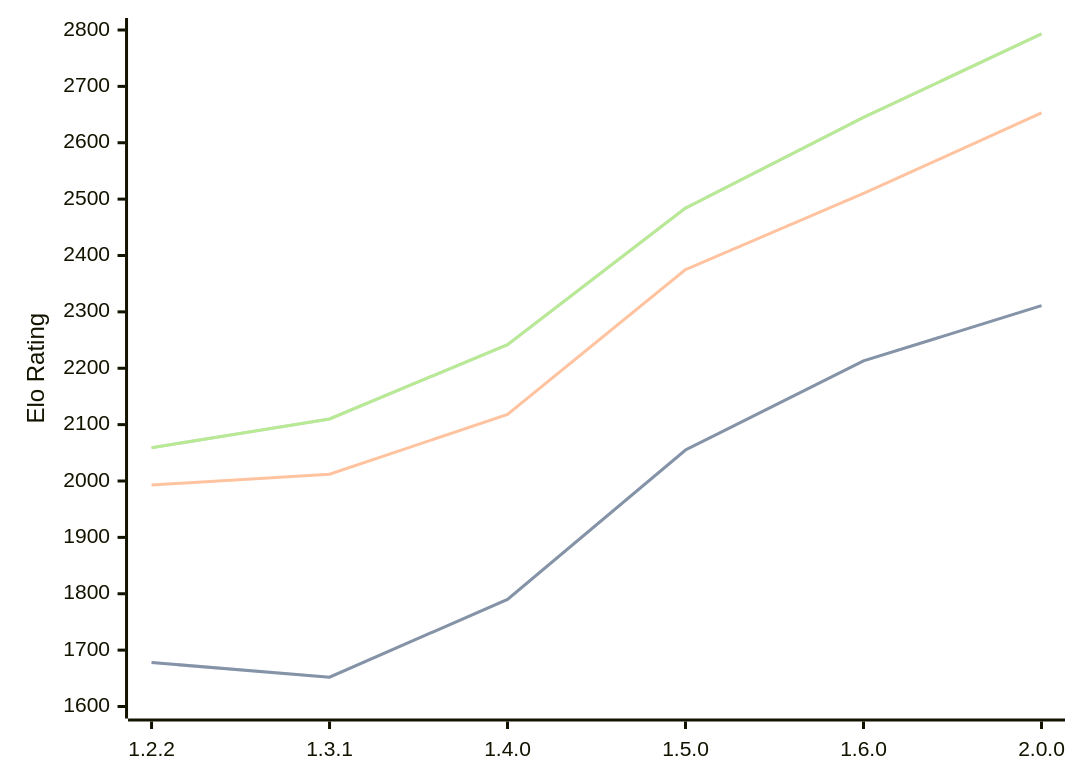
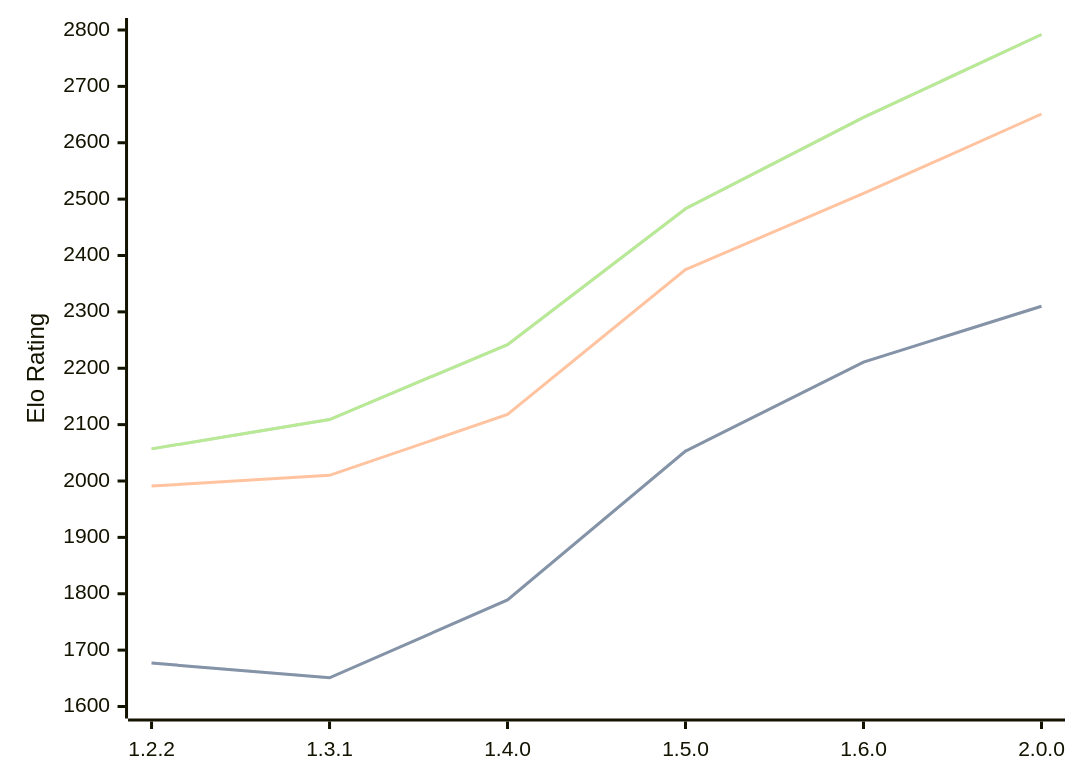
The diagram in engines/SoloEngine.md (computer-chess-index/cci), drawn with Mermaid before and after one commit. The commit also changed other lines of this file, not shown here.

Commit message:
Update CCI Ratings (ELO VLTC) - 2026-04-16

````diff
--- a/engines/SoloEngine.md
+++ b/engines/SoloEngine.md
@@ -36,11 +37,11 @@
 ```mermaid
 %%{init: {"theme":"base","themeVariables":{"seriesColors:['#a3a3a3','#222221','#faa371']}}}%%
 xychart-beta
   x-axis ["1.2.2", "1.3.1", "1.4.0", "1.5.0", "1.6.0", "2.0.0"]
   y-axis "Elo Rating" 1600 --> 2800
-  line "STC (8.0+0.08s)" [1678, 1652, 1790, 2055, 2213, 2311]
-  line "STC (8.0+0.08s)" [1678, 1652, 1790, 2055, 2213, 2311]
-  line "LTC (60.0+0.60s)" [1993, 2012, 2118, 2375, 2510, 2653]
-  line "VLTC (2m24s+1.12s)" [2059, 2110, 2242, 2484, 2645, 2793]
-  line "VLTC (2m24s+1.12s)" [2059, 2110, 2242, 2484, 2645, 2793]
+  line "STC (8.0+0.08s)" [1677, 1651, 1789, 2053, 2211, 2310]
+  line "STC (8.0+0.08s)" [1677, 1651, 1789, 2053, 2211, 2310]
+  line "LTC (60.0+0.60s)" [1991, 2010, 2118, 2375, 2510, 2651]
+  line "VLTC (2m24s+1.12s)" [2057, 2109, 2242, 2483, 2645, 2792]
+  line "VLTC (2m24s+1.12s)" [2057, 2109, 2242, 2483, 2645, 2792]
 ```
````
